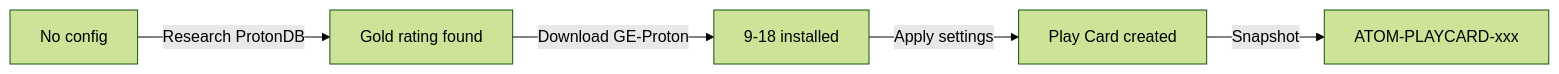
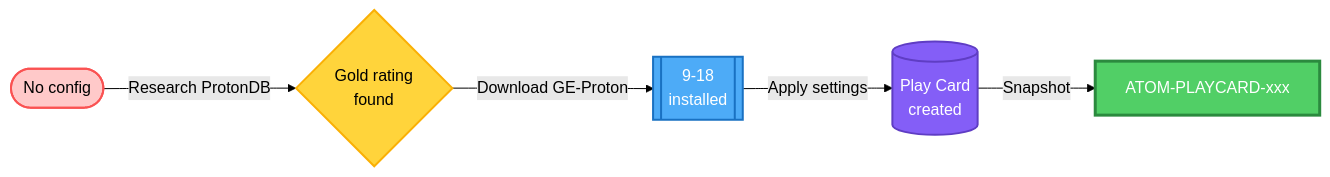
The fourth of 9 diagrams in README.md (toolate28/kenl), drawn with Mermaid (forest theme) before and after one commit. The commit also changed other lines of this file, not shown here.

First line of the commit message:
feat: enhance Mermaid diagrams with colors and varied node shapes

````diff
--- a/README.md
+++ b/README.md
@@ -359,7 +362,13 @@
 ```mermaid
 graph LR
-    A[No config] -->|Research ProtonDB| B[Gold rating found]
-    B -->|Download GE-Proton| C[9-18 installed]
-    C -->|Apply settings| D[Play Card created]
+    A([No config]) -->|Research ProtonDB| B{Gold rating<br/>found}
+    B -->|Download GE-Proton| C[[9-18<br/>installed]]
+    C -->|Apply settings| D[(Play Card<br/>created)]
     D -->|Snapshot| E[ATOM-PLAYCARD-xxx]
+
+    style A fill:#ffc9c9,stroke:#fa5252,stroke-width:2px
+    style B fill:#ffd43b,stroke:#fab005,stroke-width:2px
+    style C fill:#4dabf7,stroke:#1971c2,stroke-width:2px,color:#fff
+    style D fill:#845ef7,stroke:#5f3dc4,stroke-width:2px,color:#fff
+    style E fill:#51cf66,stroke:#2b8a3e,stroke-width:3px,color:#fff
 ```
````
